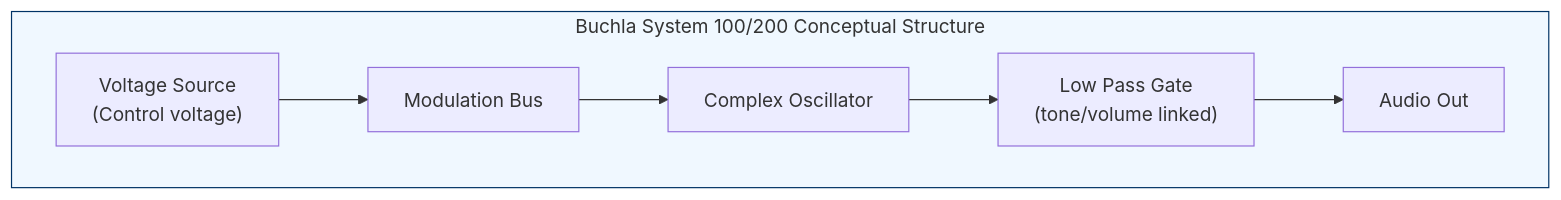
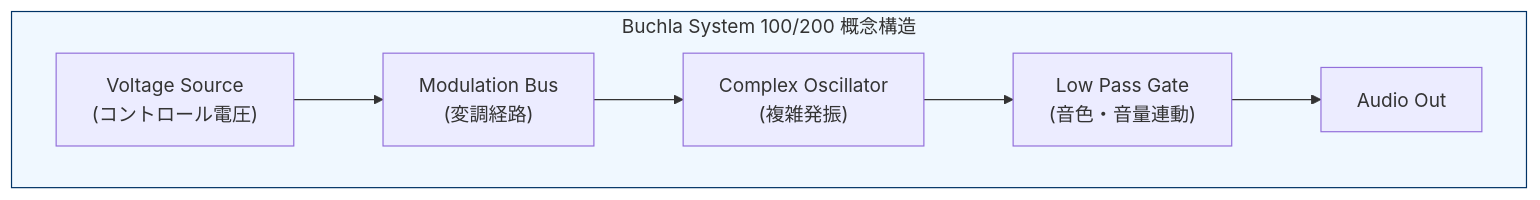
One commit to monumental-movement/monumental-movement.github.io changed the first of 2 diagrams in en/_posts/2025-10-25-column-buchla-serge.md. Above: the diagram before and after it, drawn with Mermaid. The commit also changed other lines of this file and 2196 other files, not shown here.

```diff
--- a/en/_posts/2025-10-25-column-buchla-serge.md
+++ b/en/_posts/2025-10-25-column-buchla-serge.md
@@ -67,13 +67,13 @@
 <div class="mermaid">
 
 flowchart LR
-  subgraph Buchla_System["Buchla System 100/200 Conceptual Structure"]
+  subgraph Buchla_System["Buchla System 100/200 概念構造"]
     direction LR
-    CV["Voltage Source<br>(Control voltage)"] --> MOD["Modulation Bus<br>"]
-    MOD --> OSC["Complex Oscillator<br>"]
-    OSC --> LPG["Low Pass Gate<br>(tone/volume linked)"]
+    CV["Voltage Source<br>(コントロール電圧)"] --> MOD["Modulation Bus<br>(変調経路)"]
+    MOD --> OSC["Complex Oscillator<br>(複雑発振)"]
+    OSC --> LPG["Low Pass Gate<br>(音色・音量連動)"]
     LPG --> OUT["Audio Out"]
   end
   style Buchla_System fill:#f0f8ff,stroke:#003366,stroke-width:1px;
 
 </div>
```
